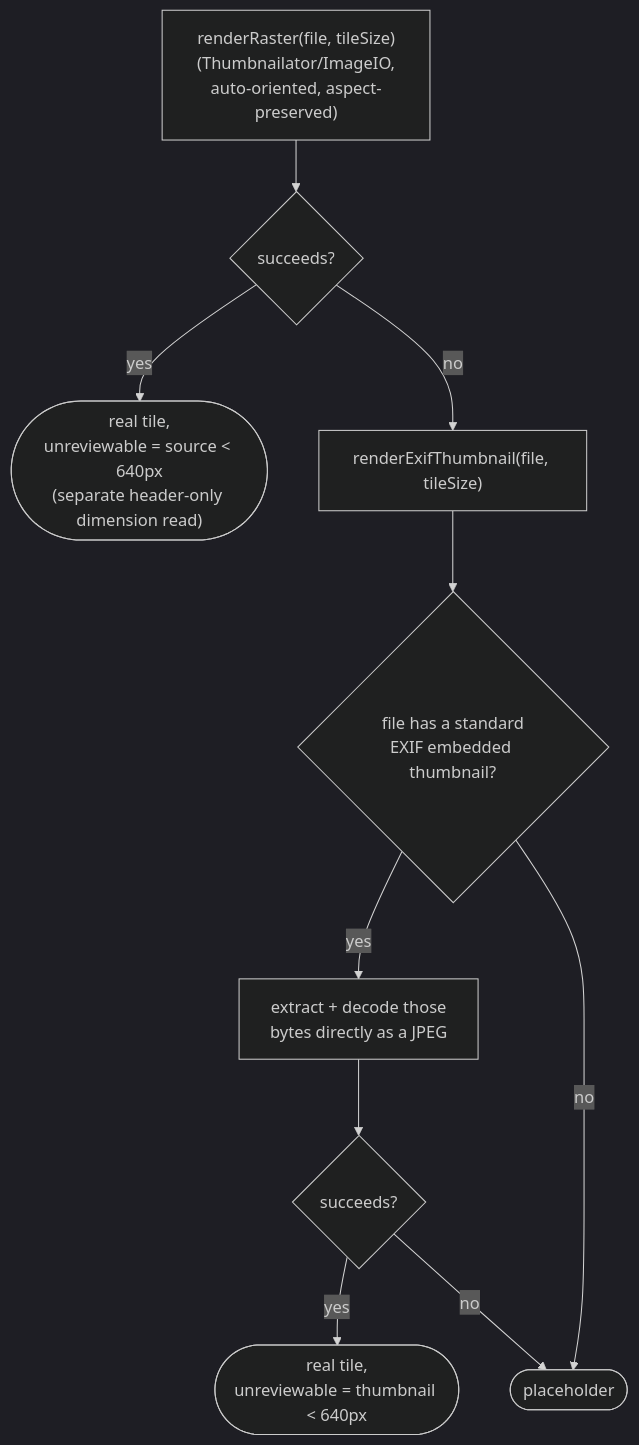
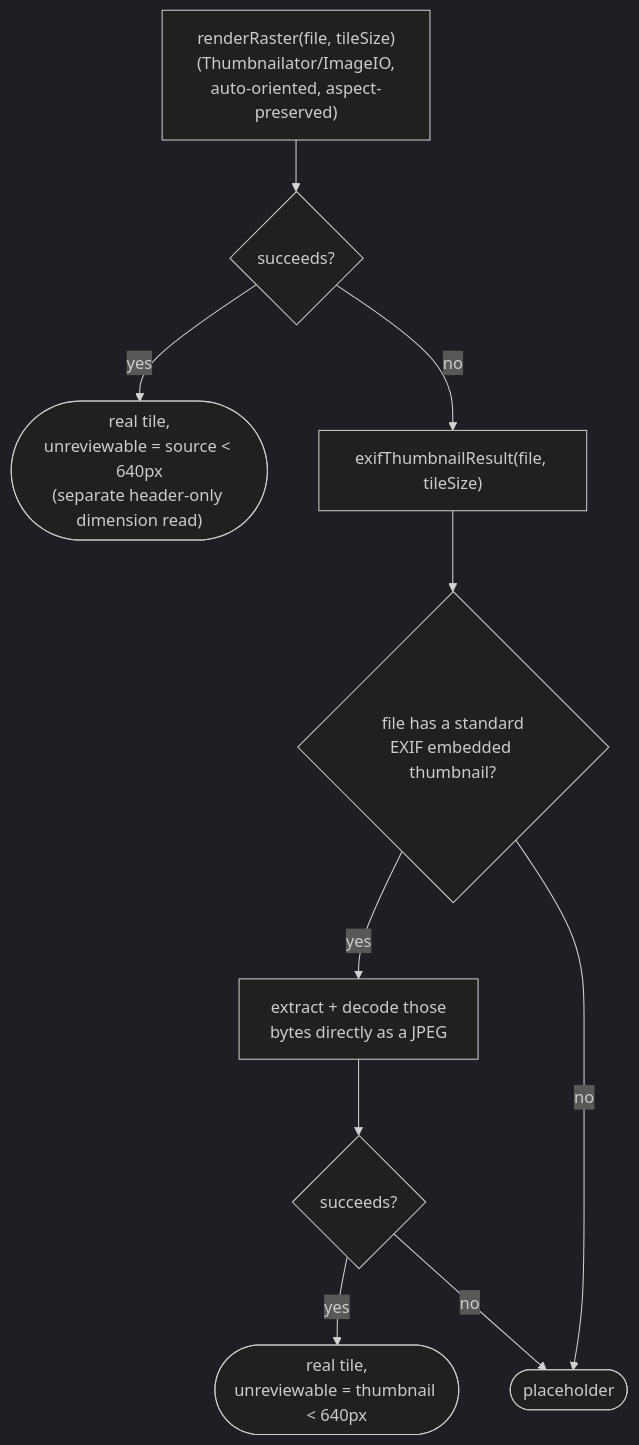
One commit to AdrianNachev91/sluice changed the fourth of 4 diagrams in app/docs/design/adapter/imaging/tile-renderer.md. Above: the diagram before and after it, drawn with Mermaid (dark theme). The commit also changed 316 other files, not shown here.

````diff
--- a/app/docs/design/adapter/imaging/tile-renderer.md
+++ b/app/docs/design/adapter/imaging/tile-renderer.md
@@ -81,12 +81,12 @@
 ```mermaid
 flowchart TD
     A["renderRaster(file, tileSize)<br/>(Thumbnailator/ImageIO,<br/>auto-oriented, aspect-preserved)"] --> B{"succeeds?"}
     B -- yes --> C(["real tile,<br/>unreviewable = source < 640px<br/>(separate header-only dimension read)"])
-    B -- no --> D["renderExifThumbnail(file, tileSize)"]
+    B -- no --> D["exifThumbnailResult(file, tileSize)"]
     D --> E{"file has a standard<br/>EXIF embedded thumbnail?"}
     E -- yes --> F["extract + decode those<br/>bytes directly as a JPEG"]
     F --> G{"succeeds?"}
     G -- yes --> H(["real tile,<br/>unreviewable = thumbnail < 640px"])
     G -- no --> I(["placeholder"])
     E -- no --> I
 ```
````
